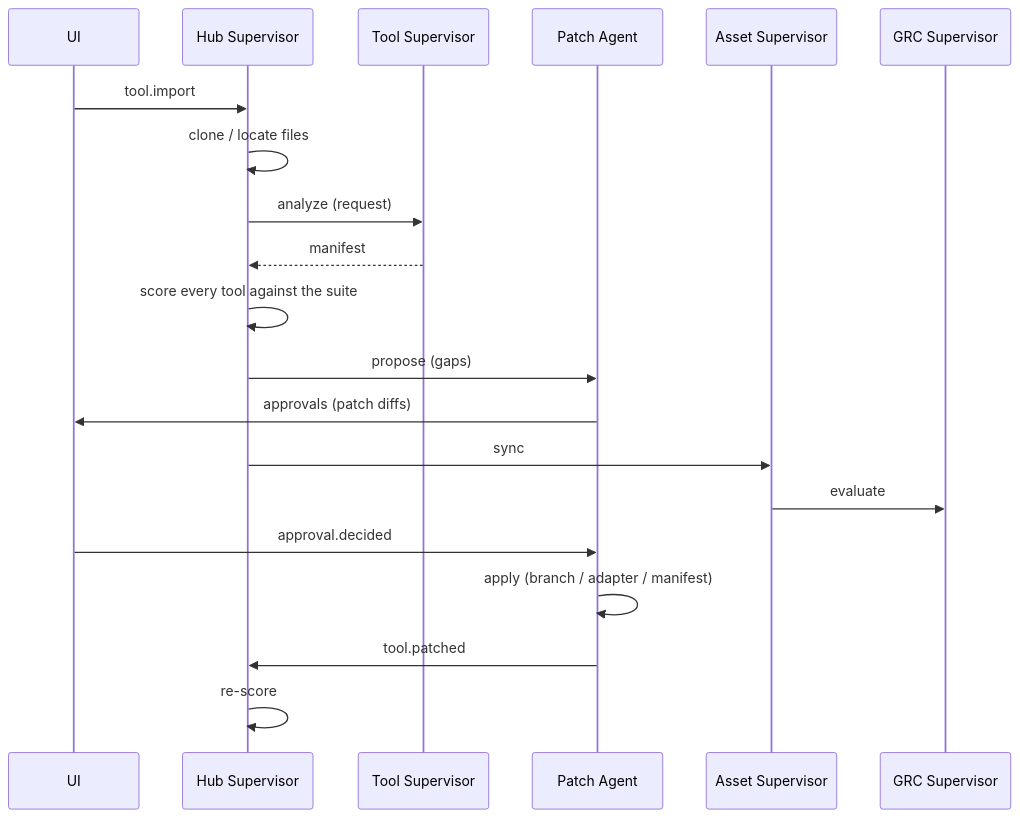
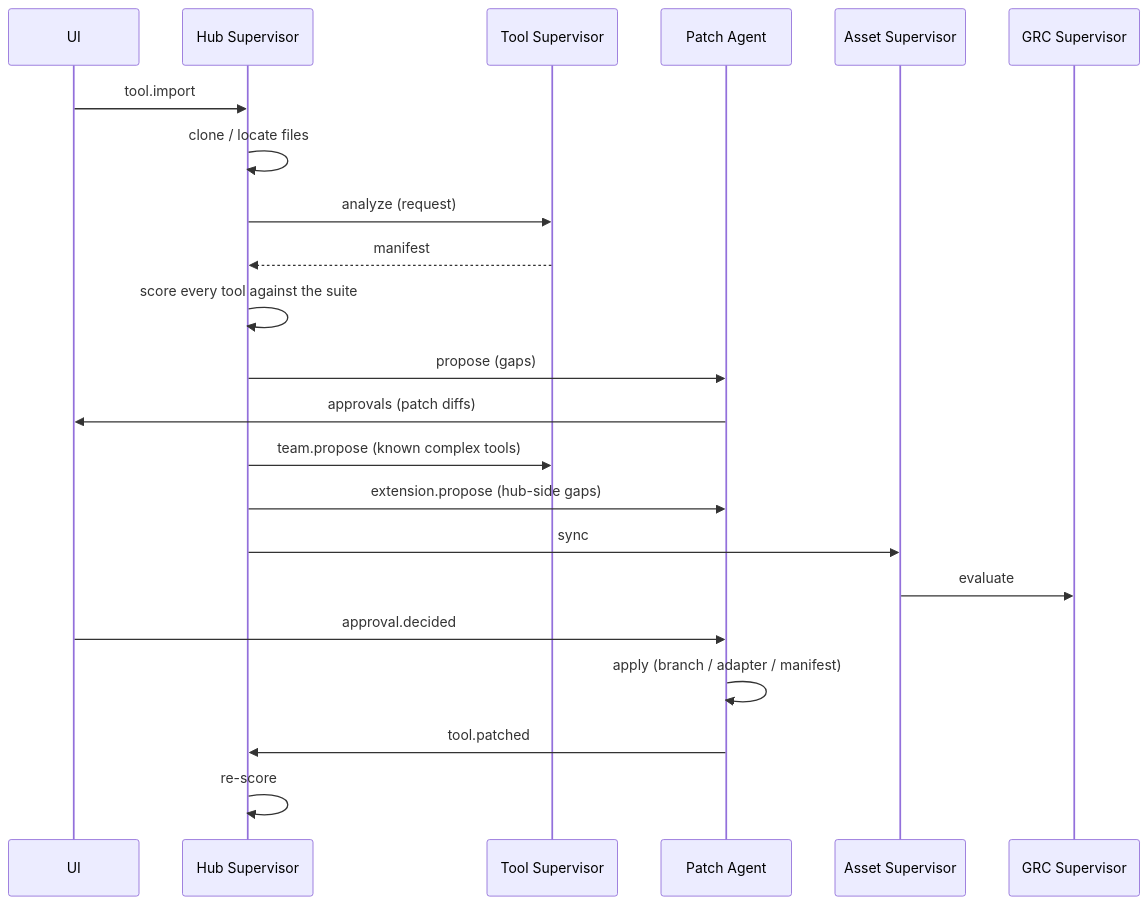
Before and after one commit to IvenGe/atrium: the third of 3 diagrams in docs/ARCHITECTURE.md, drawn with Mermaid. The commit also changed other lines of this file and 32 other files, not shown here.

````diff
--- a/docs/ARCHITECTURE.md
+++ b/docs/ARCHITECTURE.md
@@ -212,22 +184,24 @@
 ```mermaid
 sequenceDiagram
   participant UI
   participant S as Hub Supervisor
   participant T as Tool Supervisor
   participant P as Patch Agent
   participant A as Asset Supervisor
   participant G as GRC Supervisor
   UI->>S: tool.import
   S->>S: clone / locate files
   S->>T: analyze (request)
   T-->>S: manifest
   S->>S: score every tool against the suite
   S->>P: propose (gaps)
   P->>UI: approvals (patch diffs)
+  S->>T: team.propose (known complex tools)
+  S->>P: extension.propose (hub-side gaps)
   S->>A: sync
   A->>G: evaluate
   UI->>P: approval.decided
   P->>P: apply (branch / adapter / manifest)
   P->>S: tool.patched
   S->>S: re-score
 ```
````
